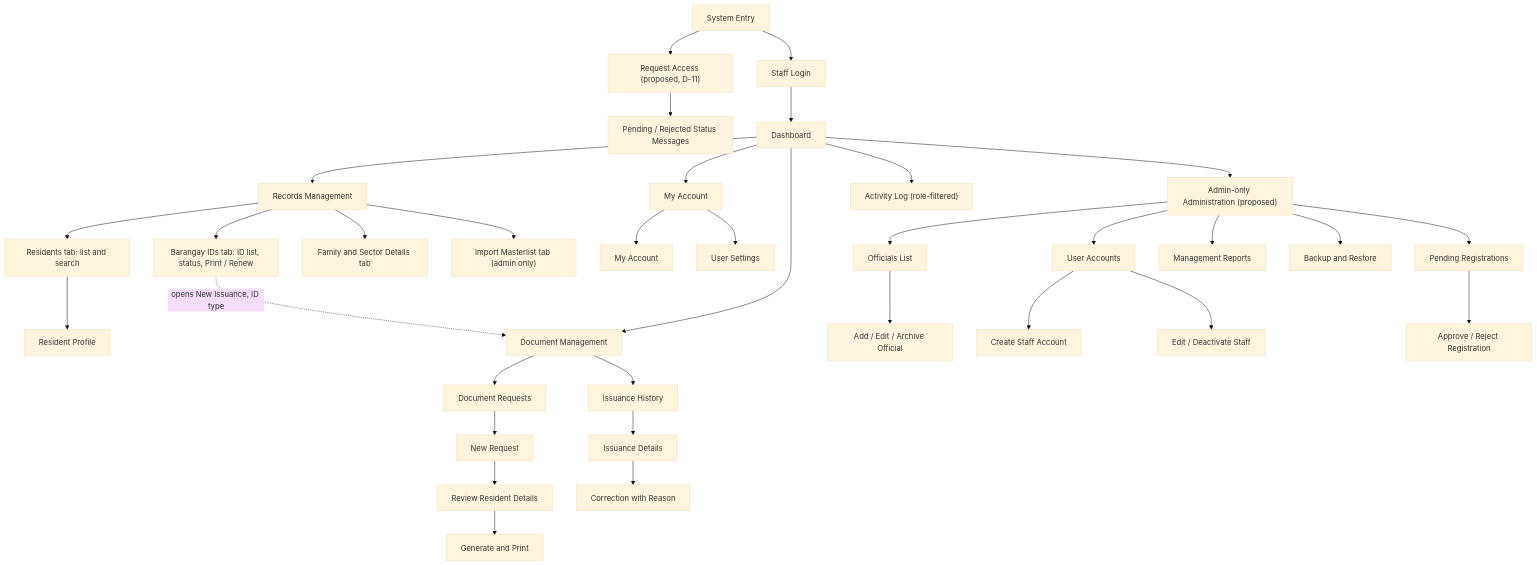
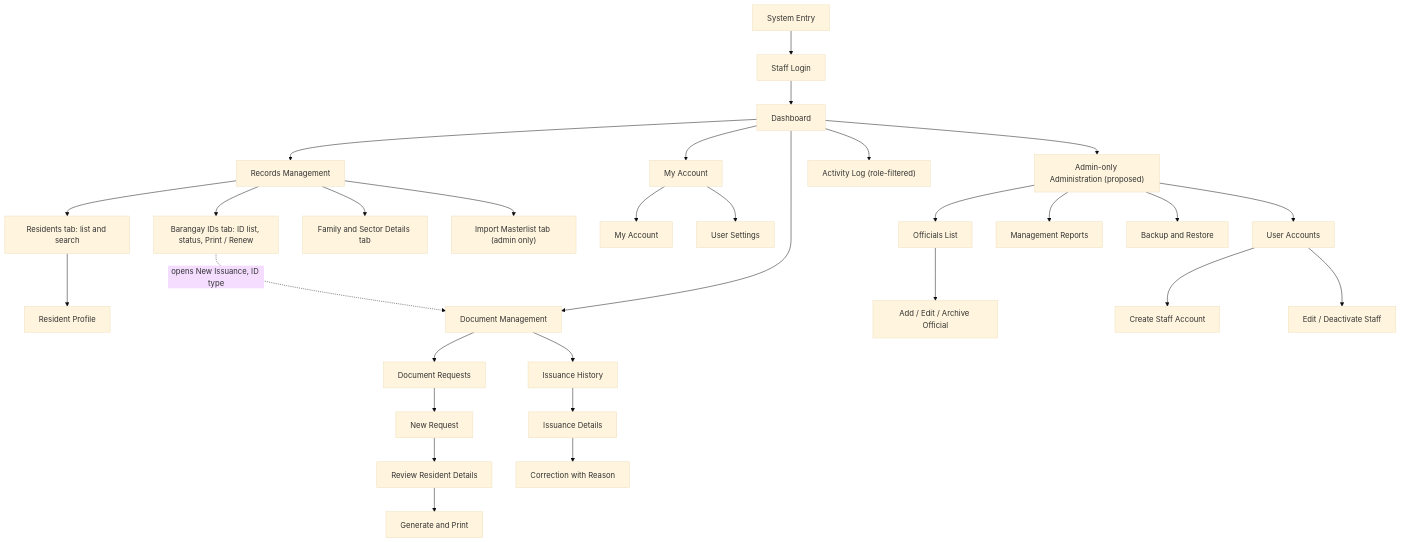
The diagram in docs/03-Design-and-UI.md (ItzVickyyy/Brgy.-Mayondon-LGU), drawn with Mermaid (base theme) before and after one commit. The commit also changed other lines of this file and 5 other files, not shown here.

````diff
--- a/docs/03-Design-and-UI.md
+++ b/docs/03-Design-and-UI.md
@@ -15,40 +15,36 @@
 ```mermaid
 flowchart TD
     A["System Entry"] --> B["Staff Login"]
-    A --> C["Request Access (proposed, D-11)"]
-    C --> D["Pending / Rejected Status Messages"]
     B --> E["Dashboard"]
 
     E --> F["Records Management"]
     F --> F1["Residents tab: list and search"]
     F1 --> F2["Resident Profile"]
     F --> F5["Barangay IDs tab: ID list, status, Print / Renew"]
     F --> F3["Family and Sector Details tab"]
     F --> F4["Import Masterlist tab (admin only)"]
     F5 -.->|"opens New Issuance, ID type"| G
 
     E --> G["Document Management"]
     G --> G1["Document Requests"]
     G1 --> G2["New Request"]
     G2 --> G3["Review Resident Details"]
     G3 --> G4["Generate and Print"]
     G --> G5["Issuance History"]
     G5 --> G6["Issuance Details"]
     G6 --> G7["Correction with Reason"]
 
     E --> I["My Account"]
     I --> I1["My Account"]
     I --> I2["User Settings"]
 
     E --> J["Admin-only Administration (proposed)"]
     J --> J1["Officials List"]
     J1 --> J2["Add / Edit / Archive Official"]
     J --> J3["User Accounts"]
     J3 --> J4["Create Staff Account"]
     J3 --> J5["Edit / Deactivate Staff"]
-    J --> J6["Pending Registrations"]
-    J6 --> J7["Approve / Reject Registration"]
     E --> J8["Activity Log (role-filtered)"]
     J --> J9["Management Reports"]
     J --> J10["Backup and Restore"]
 ```
````
